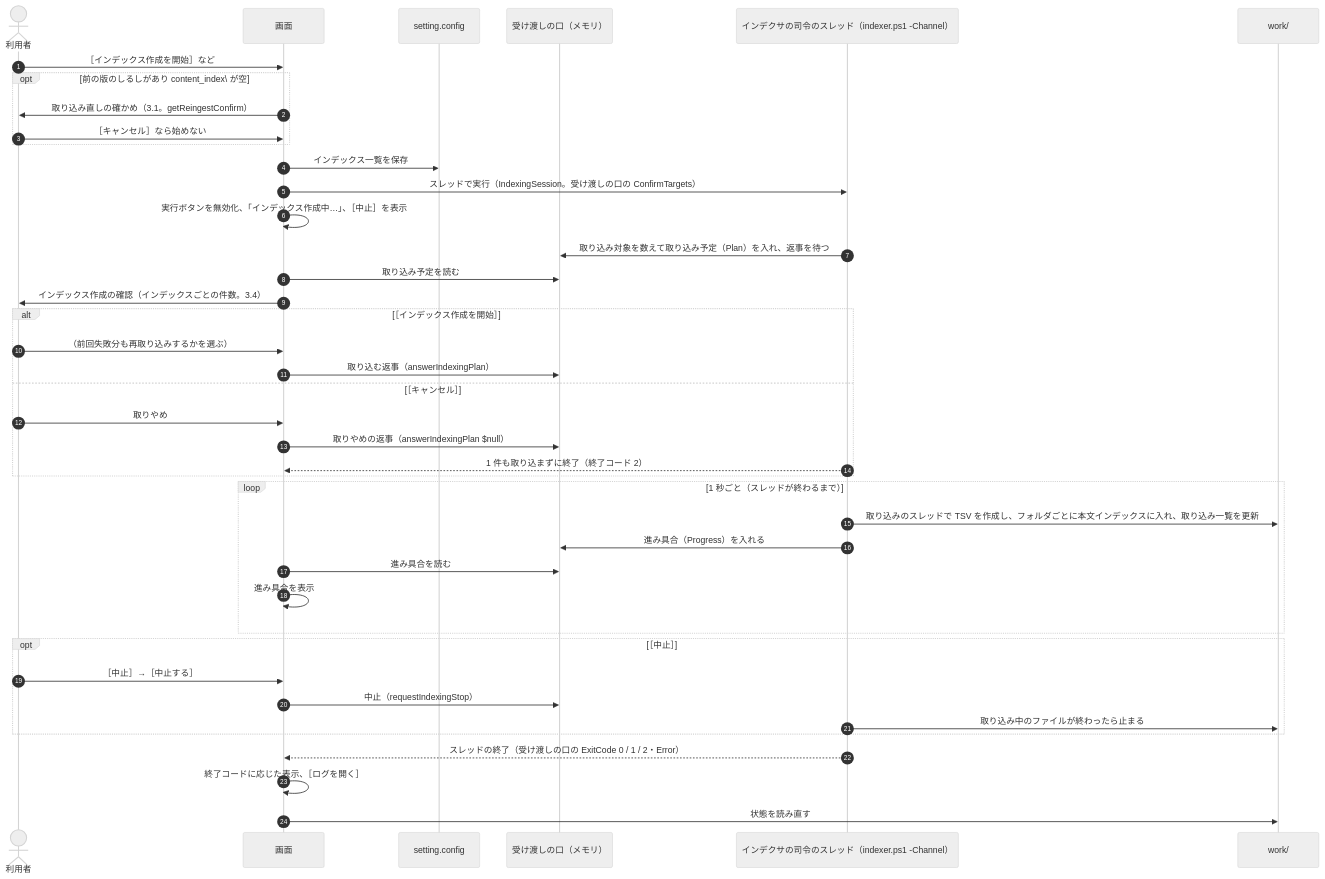
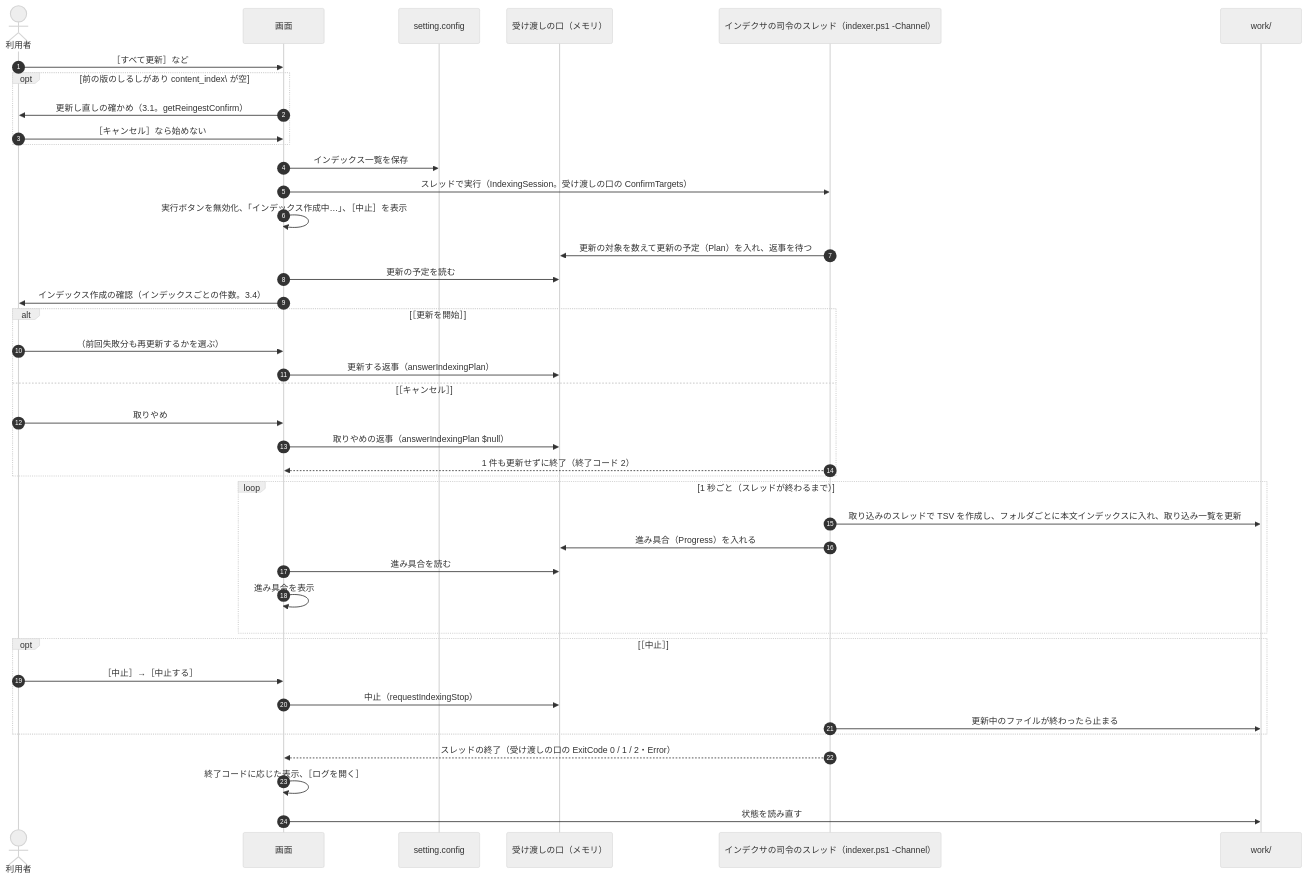
One commit to hsgwa/tebunko changed the third of 5 diagrams in docs/design/gui/state-flow.md. Above: the diagram before and after it, drawn with Mermaid (neutral theme). The commit also changed other lines of this file and 11 other files, not shown here.

````diff
--- a/docs/design/gui/state-flow.md
+++ b/docs/design/gui/state-flow.md
@@ -85,44 +85,44 @@
 ```mermaid
 sequenceDiagram
     autonumber
     actor U as 利用者
     participant G as 画面
     participant C as setting.config
     participant K as 受け渡しの口（メモリ）
     participant P as インデクサの司令のスレッド（indexer.ps1 -Channel）
     participant W as work/
 
-    U->>G: ［インデックス作成を開始］など
+    U->>G: ［すべて更新］など
     opt 前の版のしるしがあり content_index\ が空
-        G->>U: 取り込み直しの確かめ（3.1。getReingestConfirm）
+        G->>U: 更新し直しの確かめ（3.1。getReingestConfirm）
         U->>G: ［キャンセル］なら始めない
     end
     G->>C: インデックス一覧を保存
     G->>P: スレッドで実行（IndexingSession。受け渡しの口の ConfirmTargets）
     G->>G: 実行ボタンを無効化、「インデックス作成中…」、［中止］を表示
-    P->>K: 取り込み対象を数えて取り込み予定（Plan）を入れ、返事を待つ
-    G->>K: 取り込み予定を読む
+    P->>K: 更新の対象を数えて更新の予定（Plan）を入れ、返事を待つ
+    G->>K: 更新の予定を読む
     G->>U: インデックス作成の確認（インデックスごとの件数。3.4）
-    alt ［インデックス作成を開始］
-        U->>G: （前回失敗分も再取り込みするかを選ぶ）
-        G->>K: 取り込む返事（answerIndexingPlan）
+    alt ［更新を開始］
+        U->>G: （前回失敗分も再更新するかを選ぶ）
+        G->>K: 更新する返事（answerIndexingPlan）
     else ［キャンセル］
         U->>G: 取りやめ
         G->>K: 取りやめの返事（answerIndexingPlan $null）
-        P-->>G: 1 件も取り込まずに終了（終了コード 2）
+        P-->>G: 1 件も更新せずに終了（終了コード 2）
     end
     loop 1 秒ごと（スレッドが終わるまで）
         P->>W: 取り込みのスレッドで TSV を作成し、フォルダごとに本文インデックスに入れ、取り込み一覧を更新
         P->>K: 進み具合（Progress）を入れる
         G->>K: 進み具合を読む
         G->>G: 進み具合を表示
     end
     opt ［中止］
         U->>G: ［中止］→［中止する］
         G->>K: 中止（requestIndexingStop）
-        P->>W: 取り込み中のファイルが終わったら止まる
+        P->>W: 更新中のファイルが終わったら止まる
     end
     P-->>G: スレッドの終了（受け渡しの口の ExitCode 0 / 1 / 2・Error）
     G->>G: 終了コードに応じた表示、［ログを開く］
     G->>W: 状態を読み直す
 ```
````
